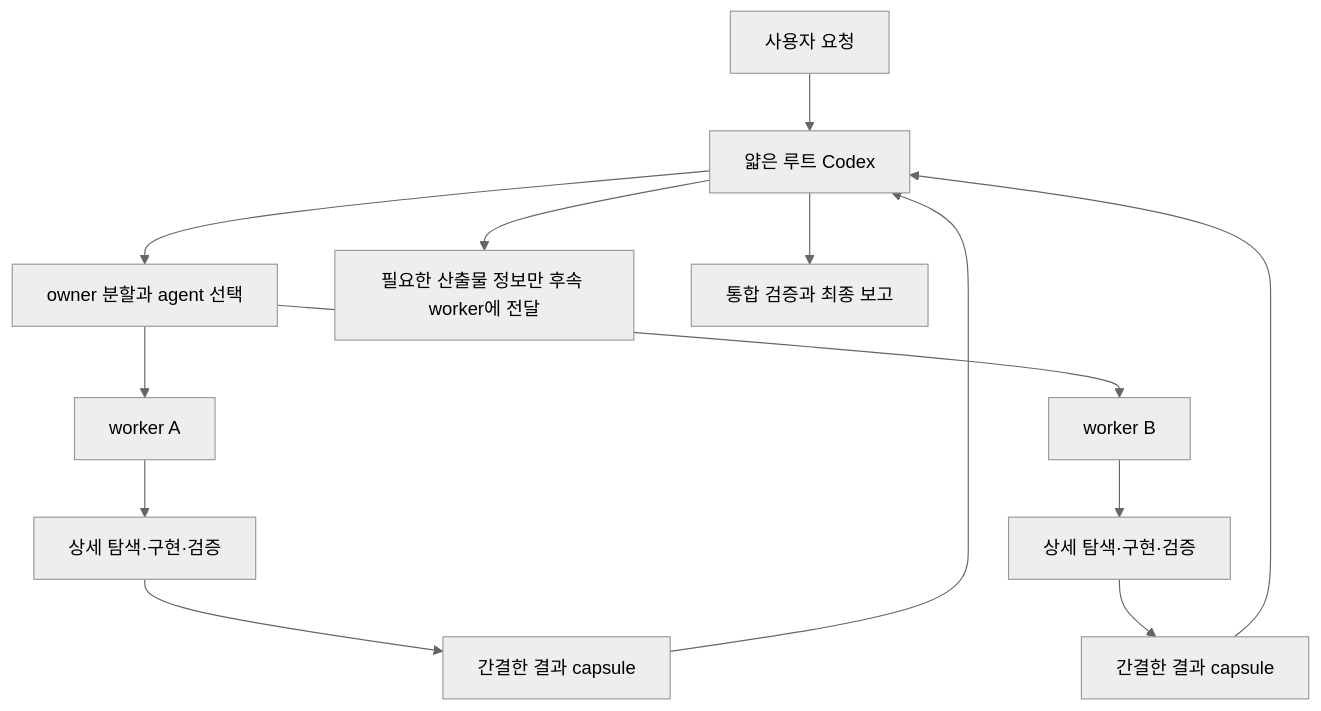
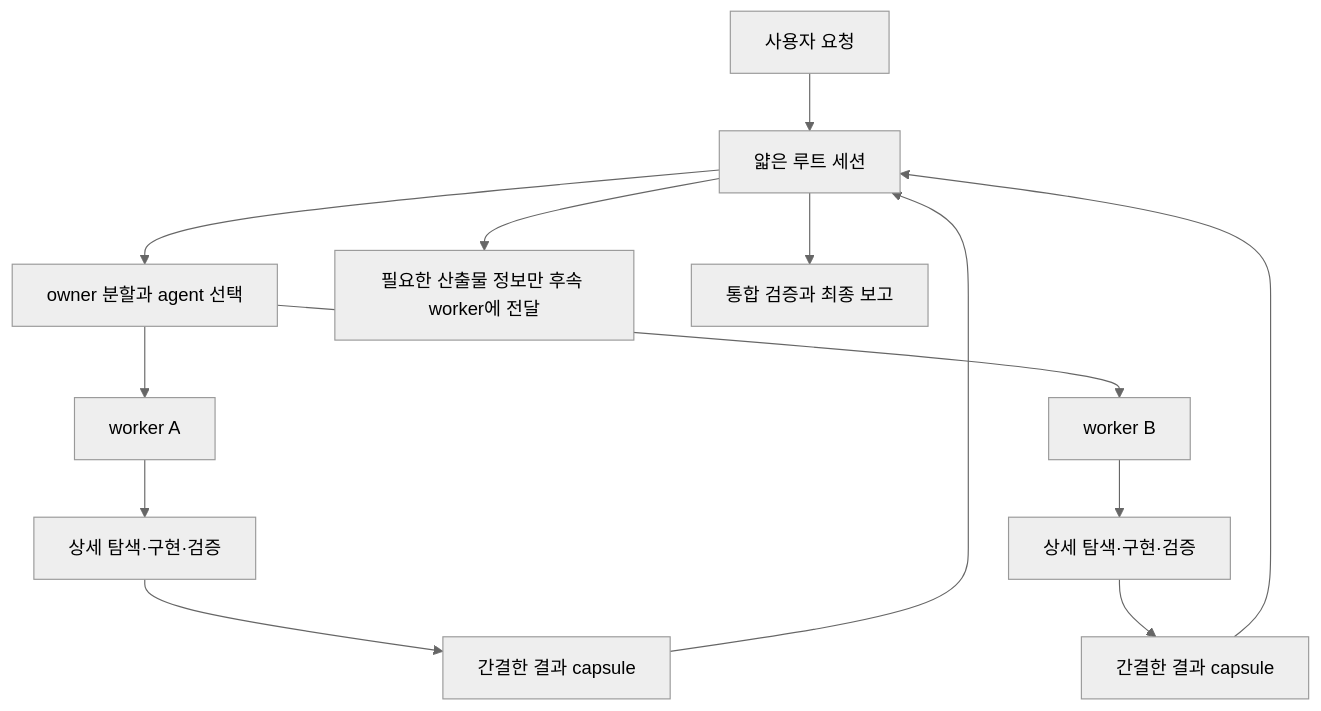
Before and after one commit to kimjoongwon/prj-core: the second of 2 diagrams in docs/orchestration-agent-relationship-flow.md, drawn with Mermaid (neutral theme). The commit also changed other lines of this file and 132 other files, not shown here.

````diff
--- a/docs/orchestration-agent-relationship-flow.md
+++ b/docs/orchestration-agent-relationship-flow.md
@@ -35,15 +41,15 @@
 ```mermaid
 flowchart TD
-  U["사용자 요청"] --> R["얇은 루트 Codex"]
+  U["사용자 요청"] --> R["얇은 루트 세션"]
   R --> O["owner 분할과 agent 선택"]
   O --> W1["worker A"]
   O --> W2["worker B"]
   W1 --> S1["상세 탐색·구현·검증"]
   W2 --> S2["상세 탐색·구현·검증"]
   S1 --> C1["간결한 결과 capsule"]
   S2 --> C2["간결한 결과 capsule"]
   C1 --> R
   C2 --> R
   R --> N["필요한 산출물 정보만 후속 worker에 전달"]
   R --> F["통합 검증과 최종 보고"]
 ```
````
